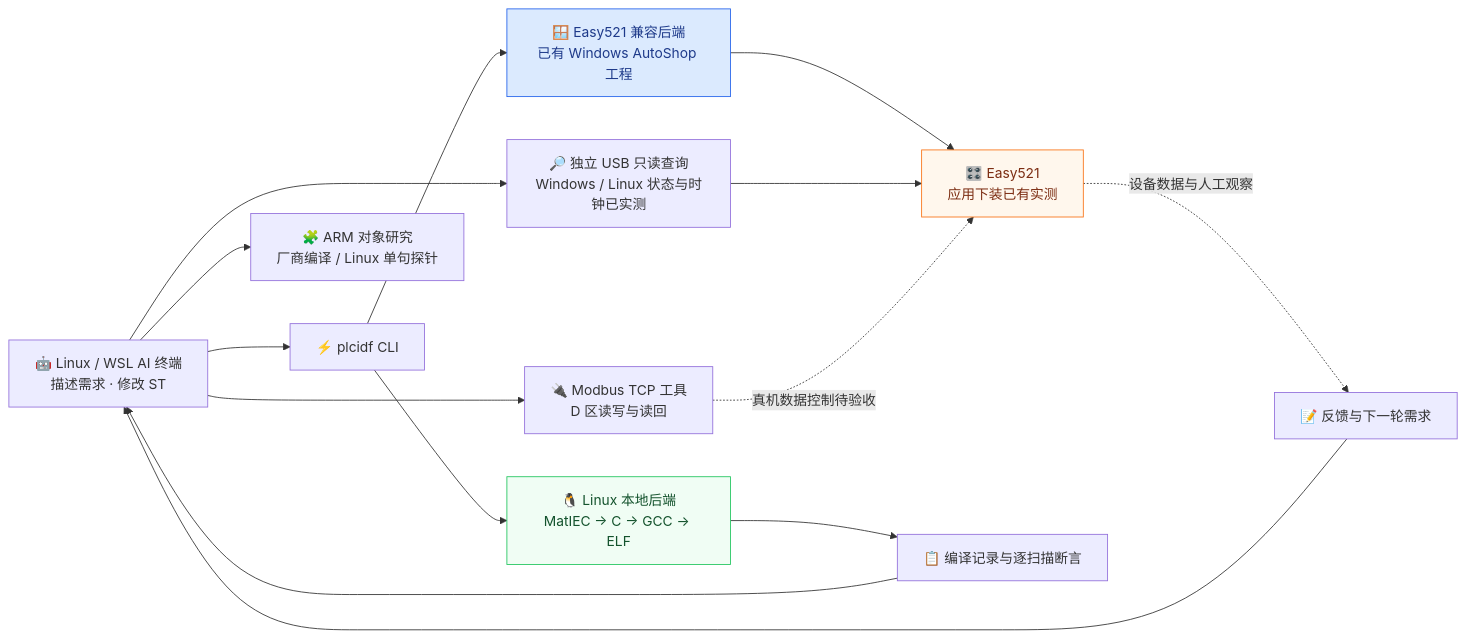
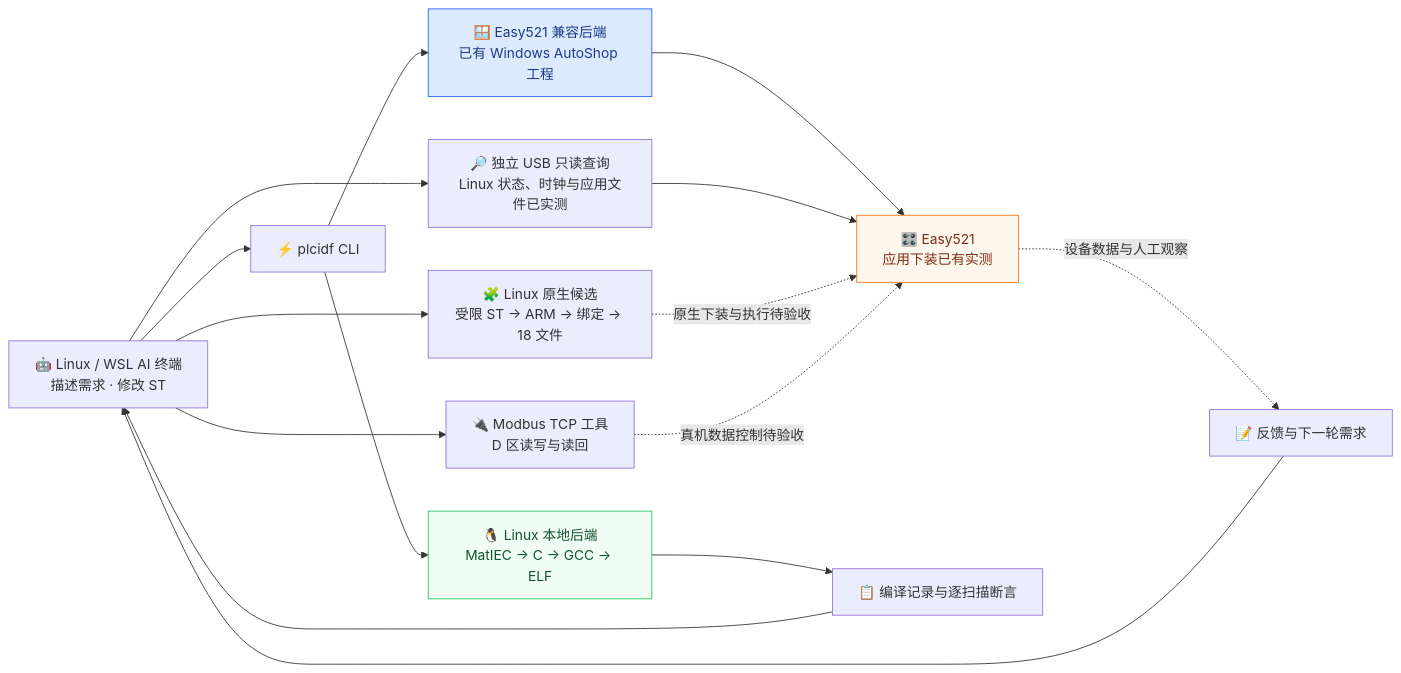
Before and after one commit to BUG423/other-plc-idf: the diagram in README.md, drawn with Mermaid. The commit also changed other lines of this file and 35 other files, not shown here.

````diff
--- a/README.md
+++ b/README.md
@@ -16,20 +16,21 @@
 ```mermaid
 flowchart LR
     AI["🤖 Linux / WSL AI 终端<br/>描述需求 · 修改 ST"] --> CLI["⚡ plcidf CLI"]
     CLI --> OPEN["🐧 Linux 本地后端<br/>MatIEC → C → GCC → ELF"]
     CLI --> VENDOR["🪟 Easy521 兼容后端<br/>已有 Windows AutoShop 工程"]
     AI --> DATA["🔌 Modbus TCP 工具<br/>D 区读写与读回"]
-    AI --> USB["🔎 独立 USB 只读查询<br/>Windows / Linux 状态与时钟已实测"]
-    AI --> OBJECT["🧩 ARM 对象研究<br/>厂商编译 / Linux 单句探针"]
+    AI --> USB["🔎 独立 USB 只读查询<br/>Linux 状态、时钟与应用文件已实测"]
+    AI --> OBJECT["🧩 Linux 原生候选<br/>受限 ST → ARM → 绑定 → 18 文件"]
     VENDOR --> PLC["🎛️ Easy521<br/>应用下装已有实测"]
     USB --> PLC
+    OBJECT -.->|"原生下装与执行待验收"| PLC
     DATA -.->|"真机数据控制待验收"| PLC
     OPEN --> REPORT["📋 编译记录与逐扫描断言"]
     PLC -.->|"设备数据与人工观察"| FEEDBACK["📝 反馈与下一轮需求"]
     REPORT --> AI
     FEEDBACK --> AI
 
     style OPEN fill:#f0fdf4,stroke:#22c55e,color:#14532d
     style VENDOR fill:#dbeafe,stroke:#2563eb,color:#1e3a8a
     style PLC fill:#fff7ed,stroke:#f97316,color:#7c2d12
 ```
````
